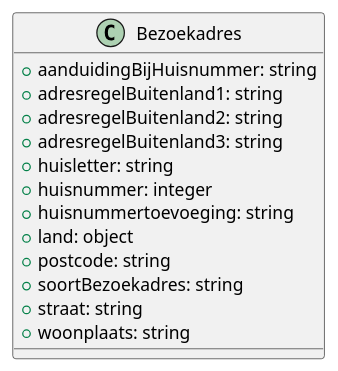
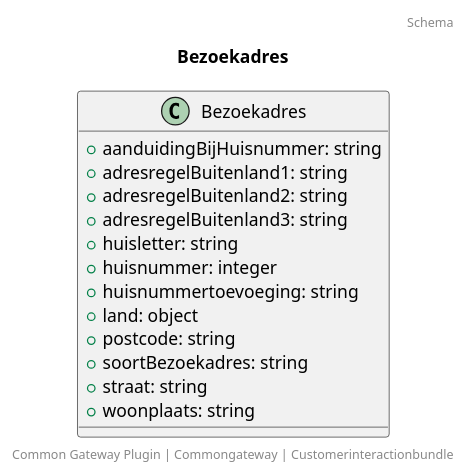
One commit to CommonGateway/CustomerInteractionBundle changed the diagram in docs/schema/klant.bezoekadres.puml. Above: the diagram before and after it, drawn with PlantUML. The commit also changed 41 other files, not shown here.

```diff
--- a/docs/schema/klant.bezoekadres.puml
+++ b/docs/schema/klant.bezoekadres.puml
@@ -1,16 +1,20 @@
 @startuml
+title: Bezoekadres
+footer: Common Gateway Plugin | Commongateway | Customerinteractionbundle 
+header: Schema
+
 class Bezoekadres {
   + aanduidingBijHuisnummer: string
   + adresregelBuitenland1: string
   + adresregelBuitenland2: string
   + adresregelBuitenland3: string
   + huisletter: string
   + huisnummer: integer
   + huisnummertoevoeging: string
   + land: object
   + postcode: string
   + soortBezoekadres: string
   + straat: string
   + woonplaats: string
 }
 @enduml
```
